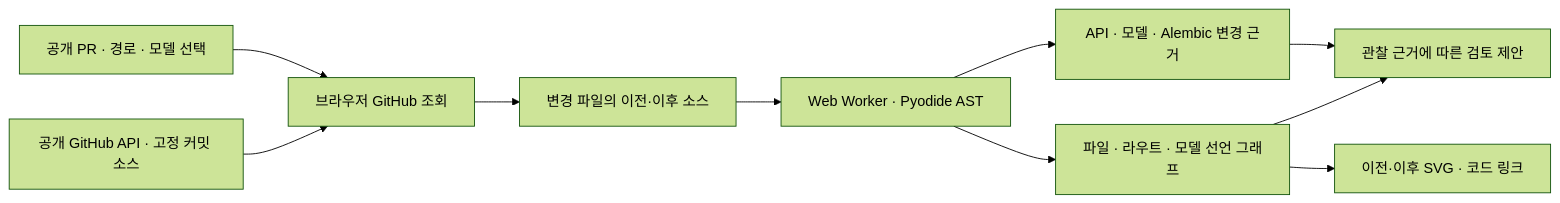
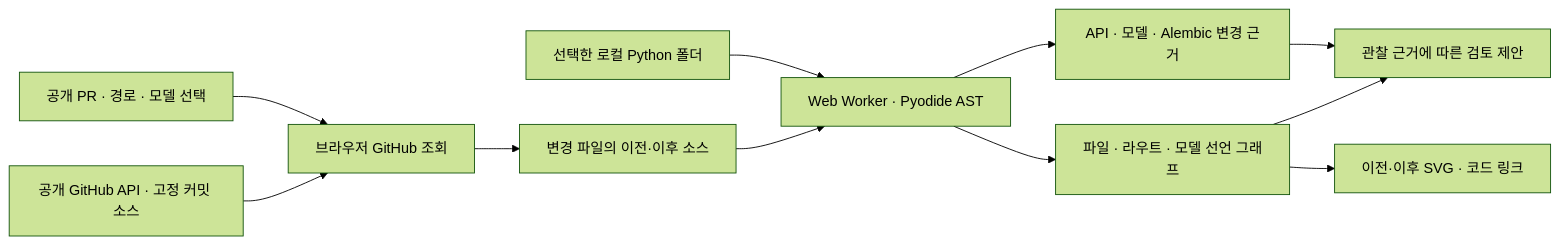
One commit to Leegiyeon/Generate-Architectures changed the diagram in docs/PR_CODE_STRUCTURE.md. Above: the diagram before and after it, drawn with Mermaid (forest theme). The commit also changed other lines of this file and 20 other files, not shown here.

Commit message:
feat: analyze private Python repositories from local folders

````diff
--- a/docs/PR_CODE_STRUCTURE.md
+++ b/docs/PR_CODE_STRUCTURE.md
@@ -9,12 +9,13 @@
 ```mermaid
 flowchart LR
   Input[공개 PR · 경로 · 모델 선택] --> Fetch[브라우저 GitHub 조회]
   GitHub[공개 GitHub API · 고정 커밋 소스] --> Fetch
   Fetch --> Snapshots[변경 파일의 이전·이후 소스]
-  Snapshots --> Worker[Web Worker · Pyodide AST]
+  Local[선택한 로컬 Python 폴더] --> Worker[Web Worker · Pyodide AST]
+  Snapshots --> Worker
   Worker --> Changes[API · 모델 · Alembic 변경 근거]
   Worker --> Structure[파일 · 라우트 · 모델 선언 그래프]
   Structure --> View[이전·이후 SVG · 코드 링크]
   Changes --> Suggestions[관찰 근거에 따른 검토 제안]
   Structure --> Suggestions
 ```
````
